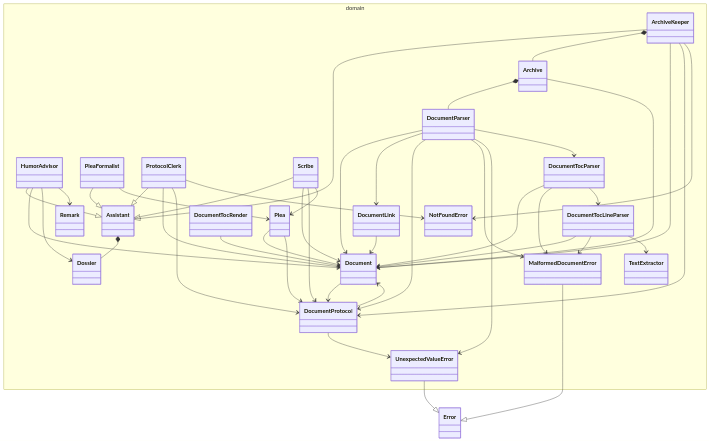
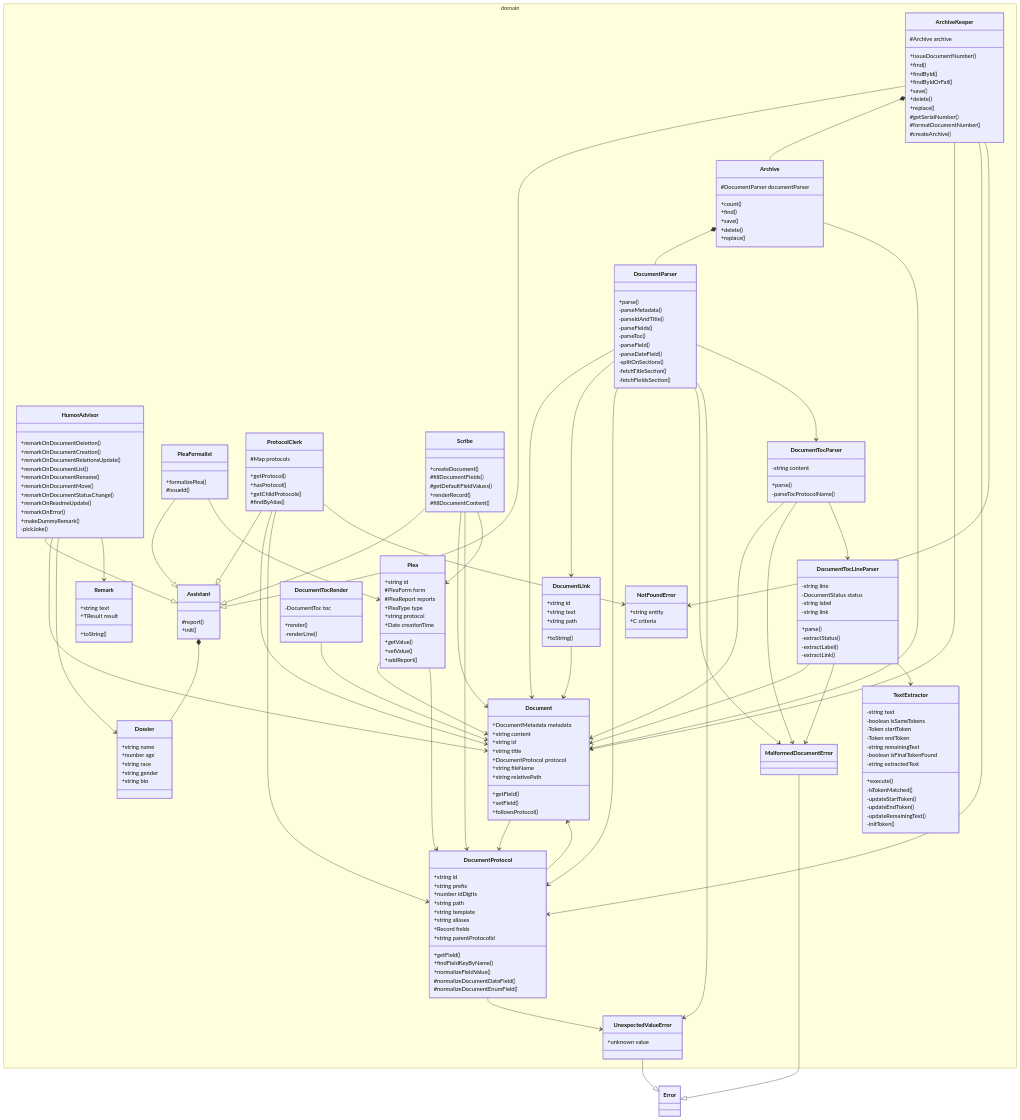
One commit to pslotinsky/decay-of-magic changed the second of 3 diagrams in packages/zok/README.md. Above: the diagram before and after it, drawn with Mermaid. The commit also changed other lines of this file and 16 other files, not shown here.

Commit message:
DOD-0004: Add class members to Poe class diagram

````diff
--- a/packages/zok/README.md
+++ b/packages/zok/README.md
@@ -109,27 +235,173 @@
 ```mermaid
 classDiagram
   namespace domain {
-    class ArchiveKeeper
-    class Assistant
-    class HumorAdvisor
-    class PleaFormalist
-    class ProtocolClerk
-    class Scribe
-    class Document
-    class DocumentLink
-    class DocumentProtocol
-    class Dossier
-    class Plea
-    class Remark
+    class ArchiveKeeper {
+      #Archive archive
+      +issueDocumentNumber()
+      +find()
+      +findById()
+      +findByIdOrFail()
+      +save()
+      +delete()
+      +replace()
+      #getSerialNumber()
+      #formatDocumentNumber()
+      #createArchive()
+    }
+    class Assistant {
+      #report()
+      +init()
+    }
+    class HumorAdvisor {
+      +remarkOnDocumentDeletion()
+      +remarkOnDocumentCreation()
+      +remarkOnDocumentRelationsUpdate()
+      +remarkOnDocumentList()
+      +remarkOnDocumentRename()
+      +remarkOnDocumentMove()
+      +remarkOnDocumentStatusChange()
+      +remarkOnReadmeUpdate()
+      +remarkOnError()
+      +makeDummyRemark()
+      -pickJoke()
+    }
+    class PleaFormalist {
+      +formalizePlea()
+      #issueId()
+    }
+    class ProtocolClerk {
+      #Map protocols
+      +getProtocol()
+      +hasProtocol()
+      +getChildProtocols()
+      #findByAlias()
+    }
+    class Scribe {
+      +createDocument()
+      #fillDocumentFields()
+      #getDefaultFieldValues()
+      +renderRecord()
+      #fillDocumentContent()
+    }
+    class Document {
+      +DocumentMetadata metadata
+      +string content
+      +string id
+      +string title
+      +DocumentProtocol protocol
+      +string fileName
+      +string relativePath
+      +getField()
+      +setField()
+      +followsProtocol()
+    }
+    class DocumentLink {
+      +string id
+      +string text
+      +string path
+      +toString()
+    }
+    class DocumentProtocol {
+      +string id
+      +string prefix
+      +number idDigits
+      +string path
+      +string template
+      +string aliases
+      +Record fields
+      +string parentProtocolId
+      +getField()
+      +findFieldKeyByName()
+      +normalizeFieldValue()
+      #normalizeDocumentDateField()
+      #normalizeDocumentEnumField()
+    }
+    class Dossier {
+      +string name
+      +number age
+      +string race
+      +string gender
+      +string bio
+    }
+    class Plea {
+      +string id
+      #PleaForm form
+      #PleaReport reports
+      +PleaType type
+      +string protocol
+      +Date creationTime
+      +getValue()
+      +setValue()
+      +addReport()
+    }
+    class Remark {
+      +string text
+      +TResult result
+      +toString()
+    }
     class MalformedDocumentError
-    class NotFoundError
-    class UnexpectedValueError
-    class Archive
-    class DocumentParser
-    class DocumentTocLineParser
-    class DocumentTocParser
-    class TextExtractor
-    class DocumentTocRender
+    class NotFoundError {
+      +string entity
+      +C criteria
+    }
+    class UnexpectedValueError {
+      +unknown value
+    }
+    class Archive {
+      #DocumentParser documentParser
+      +count()
+      +find()
+      +save()
+      +delete()
+      +replace()
+    }
+    class DocumentParser {
+      +parse()
+      -parseMetadata()
+      -parseIdAndTitle()
+      -parseFields()
+      -parseToc()
+      -parseField()
+      -parseDateField()
+      -splitOnSections()
+      -fetchTitleSection()
+      -fetchFieldsSection()
+    }
+    class DocumentTocLineParser {
+      -string line
+      -DocumentStatus status
+      -string label
+      -string link
+      +parse()
+      -extractStatus()
+      -extractLabel()
+      -extractLink()
+    }
+    class DocumentTocParser {
+      -string content
+      +parse()
+      -parseTocProtocolName()
+    }
+    class TextExtractor {
+      -string text
+      -boolean isSameTokens
+      -Token startToken
+      -Token endToken
+      -string remainingText
+      -boolean isFinalTokenFound
+      -string extractedText
+      +execute()
+      -isTokenMatched()
+      -updateStartToken()
+      -updateEndToken()
+      -updateRemainingText()
+      -initToken()
+    }
+    class DocumentTocRender {
+      -DocumentToc toc
+      +render()
+      -renderLine()
+    }
   }
 
   ArchiveKeeper --|> Assistant
````
